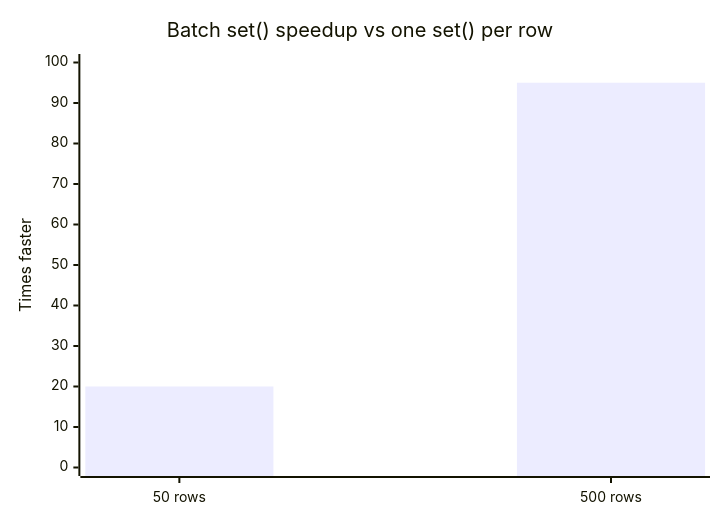
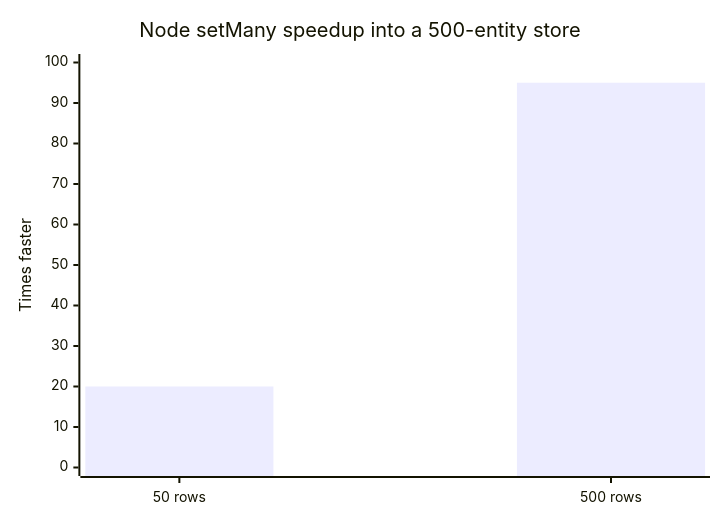
Before and after one commit to reactive/data-client: the diagram in website/blog/2026-10-03-v0.19-batch-set.md, drawn with Mermaid. The commit also changed other lines of this file, not shown here.

First line of the commit message:
docs(blog): Label the v0.19 set() chart as the node setMany benchmark

````diff
--- a/website/blog/2026-10-03-v0.19-batch-set.md
+++ b/website/blog/2026-10-03-v0.19-batch-set.md
@@ -154,7 +160,7 @@
 ```mermaid
 xychart-beta
-    title "Batch set() speedup vs one set() per row"
+    title "Node setMany speedup into a 500-entity store"
     x-axis ["50 rows", "500 rows"]
     y-axis "Times faster" 0 --> 100
     bar [20, 95]
 ```
````
